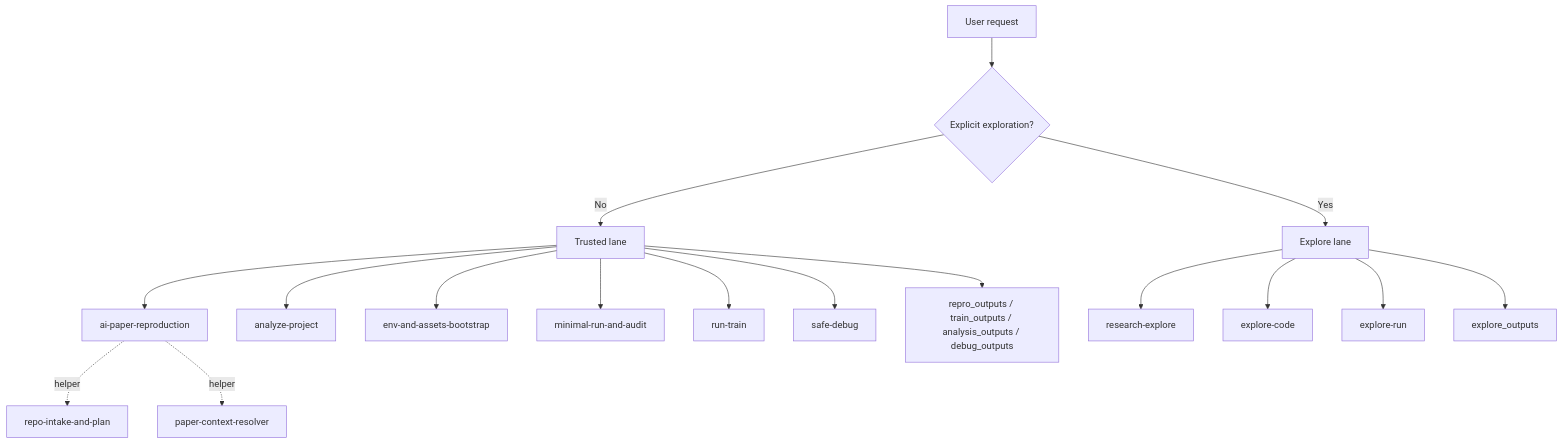
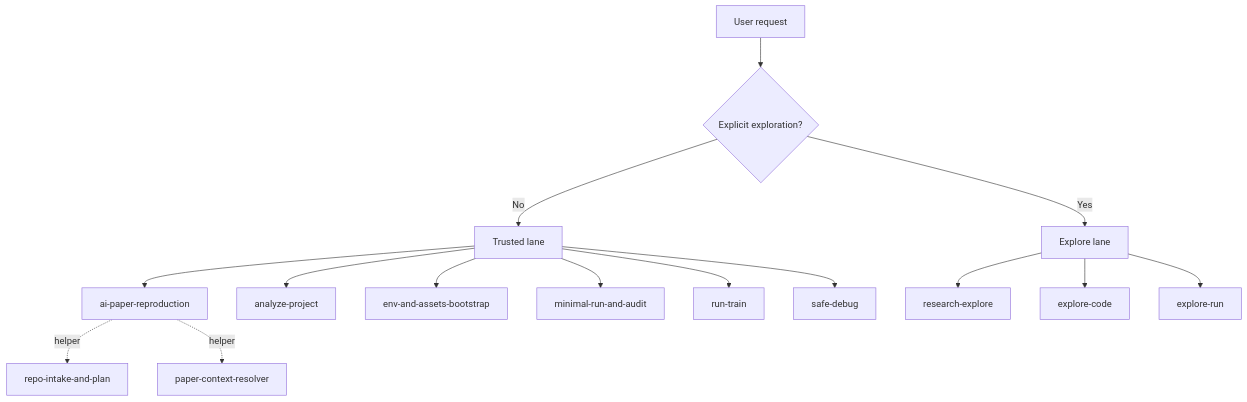
The diagram in README.md (lllllllama/ai-paper-reproduction-skills), drawn with Mermaid before and after one commit. The commit also changed other lines of this file, not shown here.

````diff
--- a/README.md
+++ b/README.md
@@ -45,23 +82,20 @@
 ```mermaid
 flowchart TD
     A[User request] --> B{Explicit exploration?}
     B -- No --> C[Trusted lane]
     B -- Yes --> D[Explore lane]
 
     C --> C1[ai-paper-reproduction]
     C --> C2[analyze-project]
     C --> C3[env-and-assets-bootstrap]
     C --> C4[minimal-run-and-audit]
     C --> C5[run-train]
     C --> C6[safe-debug]
 
     D --> D1[research-explore]
     D --> D2[explore-code]
     D --> D3[explore-run]
 
     C1 -. helper .-> H1[repo-intake-and-plan]
     C1 -. helper .-> H2[paper-context-resolver]
-
-    C --> O1[repro_outputs / train_outputs / analysis_outputs / debug_outputs]
-    D --> O2[explore_outputs]
 ```
````
